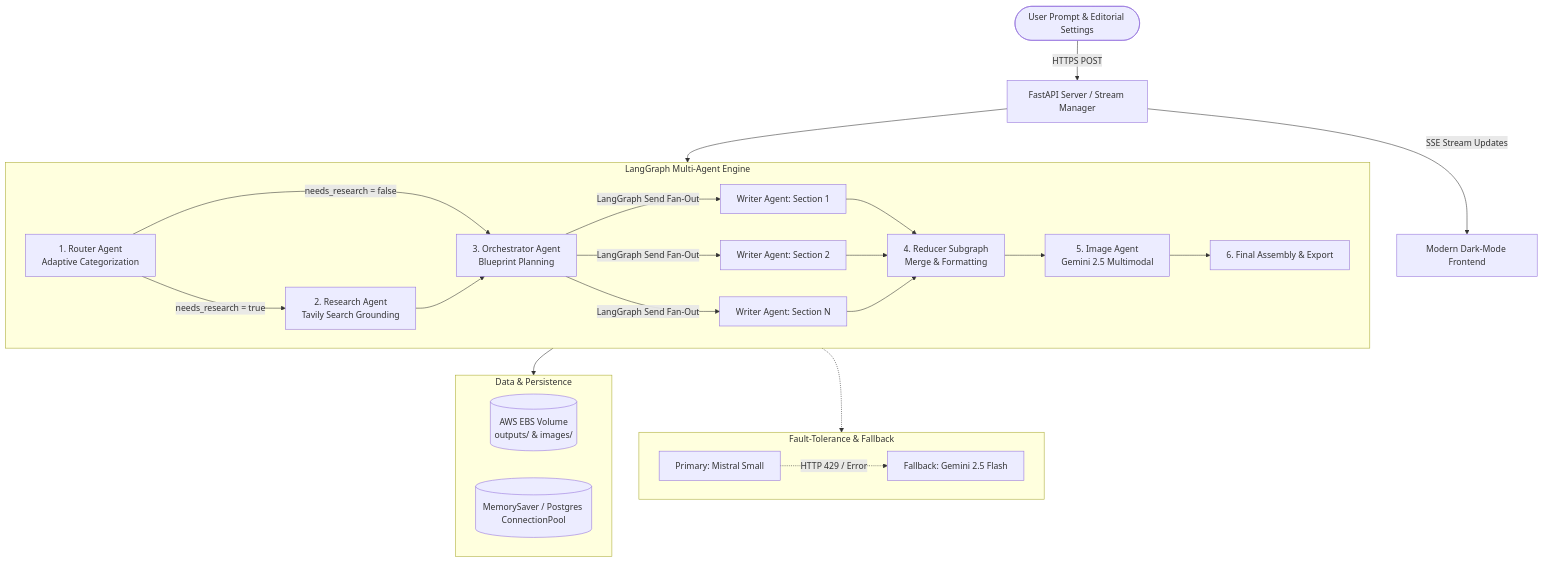
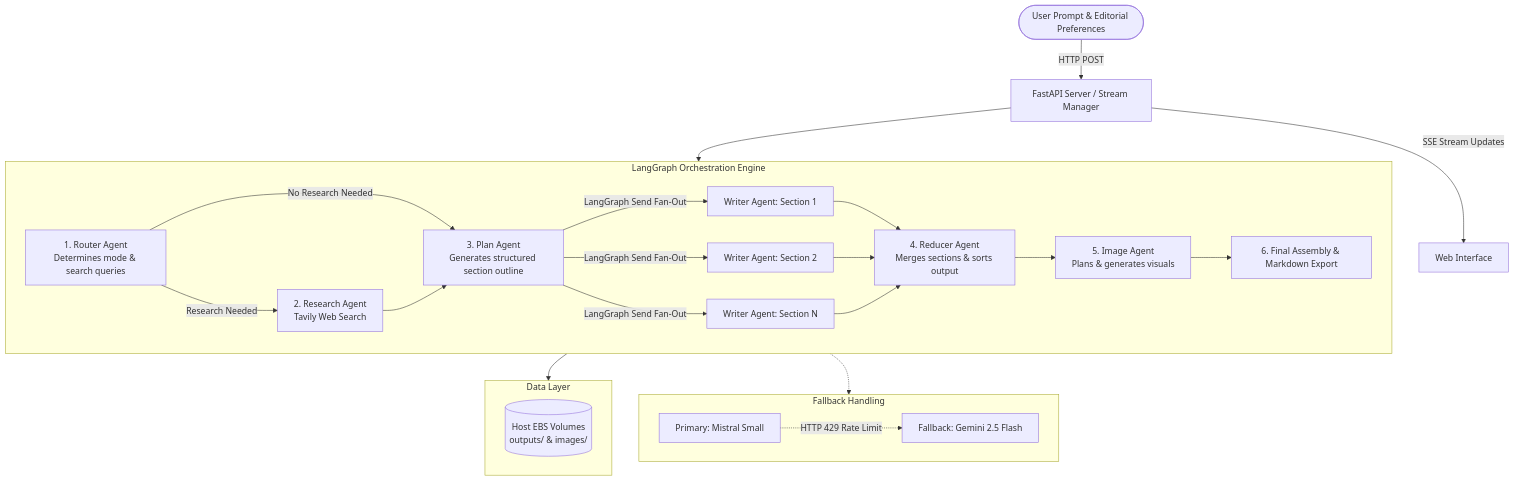
The diagram in README.md (PrathmeshRanjan/AgentPress), drawn with Mermaid before and after one commit. The commit also changed other lines of this file and 1 other file, not shown here.

Commit message:
Refactor README to remove emojis, buzzwords, and image embed; restore charCounter in app.js

````diff
--- a/README.md
+++ b/README.md
@@ -46,36 +39,35 @@
 ```mermaid
 flowchart TD
-    User([User Prompt & Editorial Settings]) -->|HTTPS POST| FastAPIServer[FastAPI Server / Stream Manager]
-    FastAPIServer -->|SSE Stream Updates| WebClient[Modern Dark-Mode Frontend]
+    User([User Prompt & Editorial Preferences]) -->|HTTP POST| FastAPIServer[FastAPI Server / Stream Manager]
+    FastAPIServer -->|SSE Stream Updates| WebClient[Web Interface]
 
-    subgraph LangGraphOrchestrator [LangGraph Multi-Agent Engine]
-        Router[1. Router Agent<br/>Adaptive Categorization] -->|needs_research = true| Research[2. Research Agent<br/>Tavily Search Grounding]
-        Router -->|needs_research = false| Orchestrator[3. Orchestrator Agent<br/>Blueprint Planning]
+    subgraph LangGraphOrchestrator [LangGraph Orchestration Engine]
+        Router[1. Router Agent<br/>Determines mode & search queries] -->|Research Needed| Research[2. Research Agent<br/>Tavily Web Search]
+        Router -->|No Research Needed| Orchestrator[3. Plan Agent<br/>Generates structured section outline]
         Research --> Orchestrator
 
         Orchestrator -->|LangGraph Send Fan-Out| Worker1[Writer Agent: Section 1]
         Orchestrator -->|LangGraph Send Fan-Out| Worker2[Writer Agent: Section 2]
         Orchestrator -->|LangGraph Send Fan-Out| WorkerN[Writer Agent: Section N]
 
-        Worker1 --> Reducer[4. Reducer Subgraph<br/>Merge & Formatting]
+        Worker1 --> Reducer[4. Reducer Agent<br/>Merges sections & sorts output]
         Worker2 --> Reducer
         WorkerN --> Reducer
 
-        Reducer --> ImageAgent[5. Image Agent<br/>Gemini 2.5 Multimodal]
-        ImageAgent --> FinalPolish[6. Final Assembly & Export]
+        Reducer --> ImageAgent[5. Image Agent<br/>Plans & generates visuals]
+        ImageAgent --> FinalAssembly[6. Final Assembly & Markdown Export]
     end
 
     FastAPIServer --> LangGraphOrchestrator
 
-    subgraph ResilienceEngine [Fault-Tolerance & Fallback]
-        Mistral[Primary: Mistral Small] -.->|HTTP 429 / Error| GeminiFallback[Fallback: Gemini 2.5 Flash]
+    subgraph Resilience [Fallback Handling]
+        Mistral[Primary: Mistral Small] -.->|HTTP 429 Rate Limit| GeminiFallback[Fallback: Gemini 2.5 Flash]
     end
 
-    subgraph StorageLayer [Data & Persistence]
-        EBS[(AWS EBS Volume<br/>outputs/ & images/)]
-        Checkpointer[(MemorySaver / Postgres ConnectionPool)]
+    subgraph Persistence [Data Layer]
+        Storage[(Host EBS Volumes<br/>outputs/ & images/)]
     end
 
-    LangGraphOrchestrator --> StorageLayer
-    LangGraphOrchestrator -.-> ResilienceEngine
+    LangGraphOrchestrator --> Persistence
+    LangGraphOrchestrator -.-> Resilience
 ```
````
